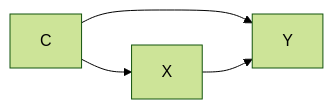
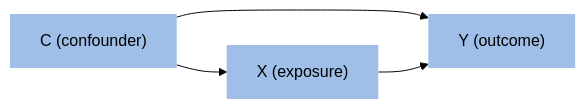
The third of 8 diagrams in chapters/05_02_building_dags.qmd (jpkelley/ZOO5500), drawn with Mermaid (forest theme) before and after one commit. The commit also changed other lines of this file and 36 other files, not shown here.

````diff
--- a/chapters/05_02_building_dags.qmd
+++ b/chapters/05_02_building_dags.qmd
@@ -180,6 +181,8 @@
 ```{mermaid}
 flowchart LR
-  C --> X
-  C --> Y
+  C["C (confounder)"]:::node --> X["X (exposure)"]:::node
+  C --> Y["Y (outcome)"]:::node
   X --> Y
+
+  classDef node fill:#9fbfe8,color:#000,stroke-width:0px;
 ```
````
